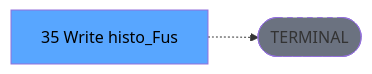
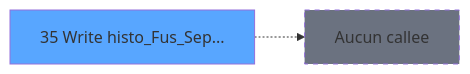
The third of 3 diagrams in .openspec/specs/ADH-IDE-35.md (thonyAGP/magic-migration), drawn with Mermaid before and after one commit. The commit also changed other lines of this file and 253 other files, not shown here.

````diff
--- a/.openspec/specs/ADH-IDE-35.md
+++ b/.openspec/specs/ADH-IDE-35.md
@@ -134,8 +211,8 @@
 ```mermaid
 graph LR
-    T[35 Write histo_Fus]
-    TERM([TERMINAL])
-    T -.-> TERM
-    style TERM fill:#6b7280,stroke-dasharray: 5 5
-    style T fill:#58a6ff,color:#000
+    T35[35 Write histo_Fus_Sep...]
+    style T35 fill:#58a6ff
+    NONE[Aucun callee]
+    T35 -.-> NONE
+    style NONE fill:#6b7280,stroke-dasharray: 5 5
 ```
````
